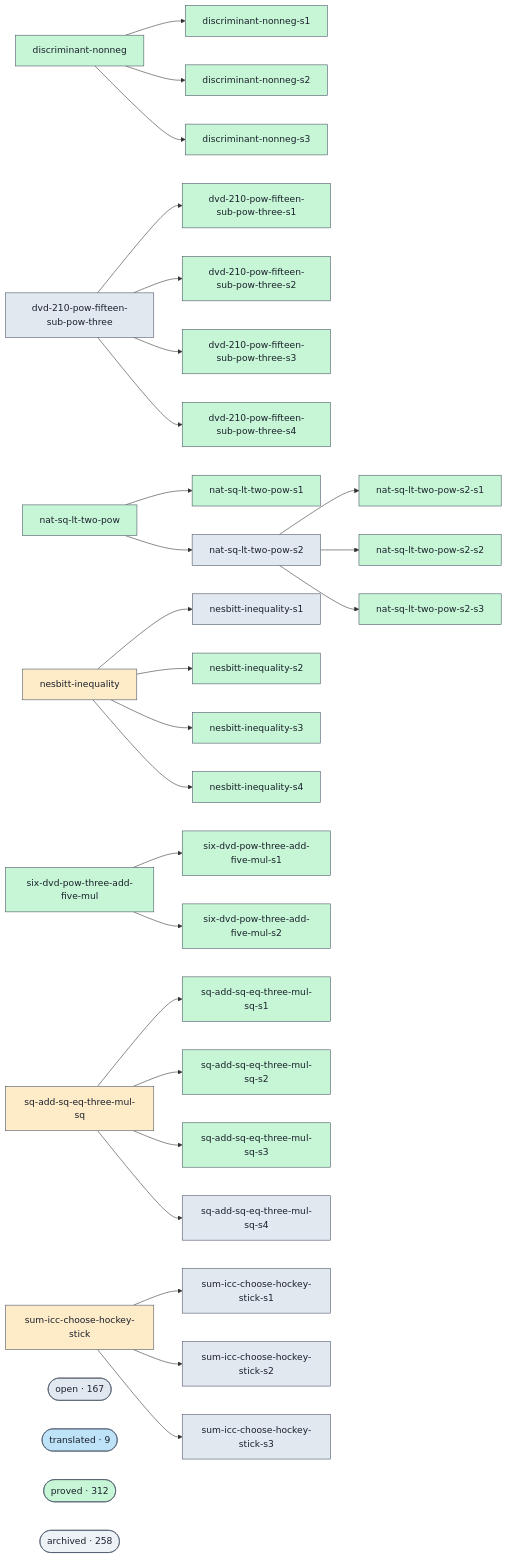
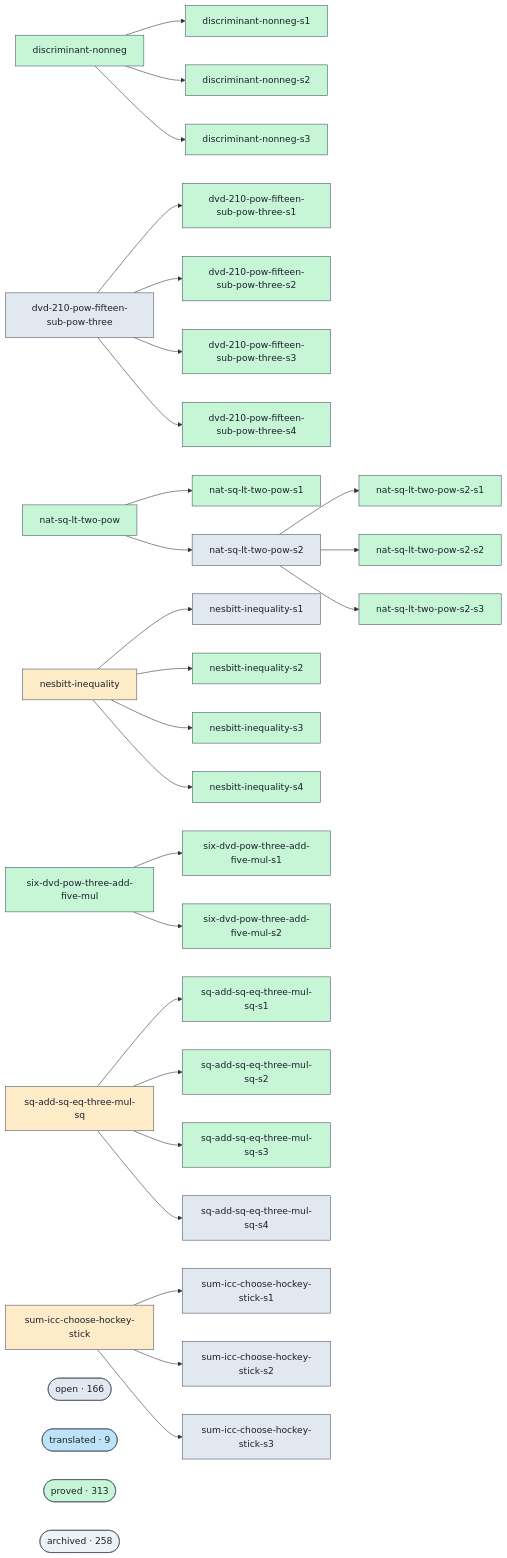
One commit to Rauxon/unsorry changed the diagram in docs/proofs-contributors-visualisation.md. Above: the diagram before and after it, drawn with Mermaid. The commit also changed other lines of this file and 2 other files, not shown here.

```diff
--- a/docs/proofs-contributors-visualisation.md
+++ b/docs/proofs-contributors-visualisation.md
@@ -143,11 +143,11 @@
   g_sum_icc_choose_hockey_stick --> g_sum_icc_choose_hockey_stick_s1
   g_sum_icc_choose_hockey_stick --> g_sum_icc_choose_hockey_stick_s2
   g_sum_icc_choose_hockey_stick --> g_sum_icc_choose_hockey_stick_s3
-  cluster_open(["open · 167"])
+  cluster_open(["open · 166"])
   class cluster_open open;
   cluster_translated(["translated · 9"])
   class cluster_translated translated;
-  cluster_proved(["proved · 312"])
+  cluster_proved(["proved · 313"])
   class cluster_proved proved;
   cluster_archived(["archived · 258"])
   class cluster_archived unknown;
```
